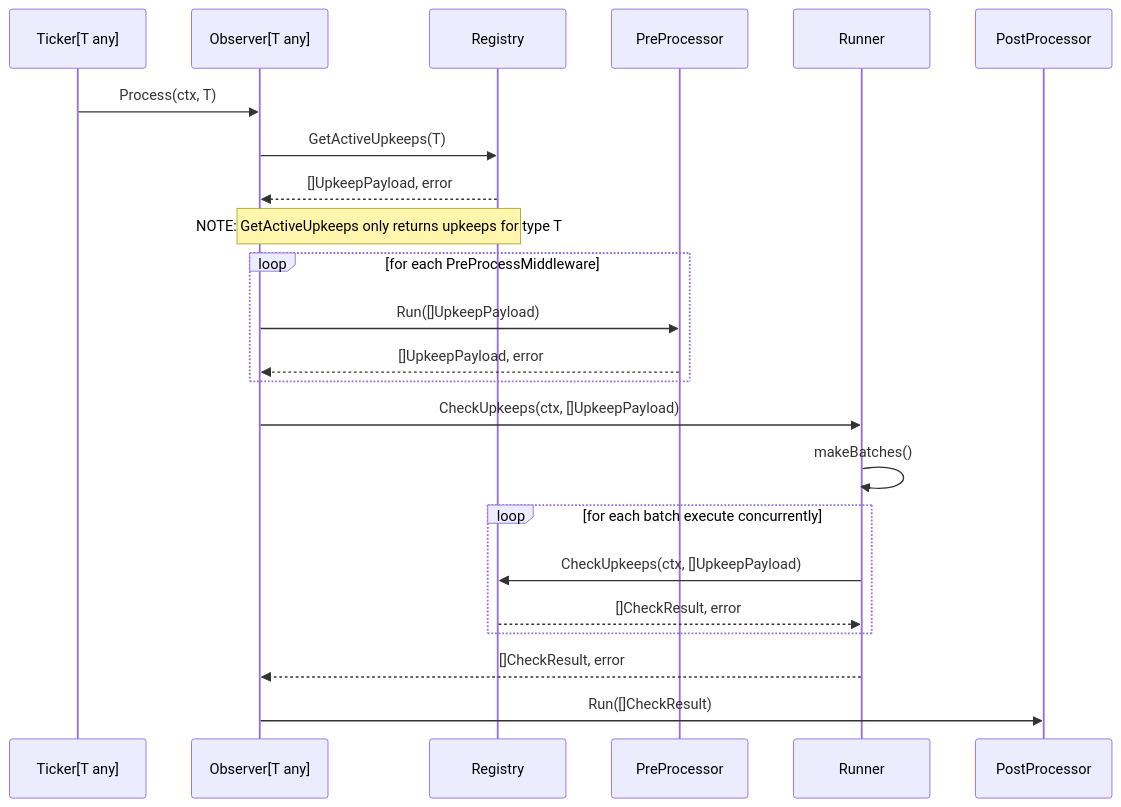
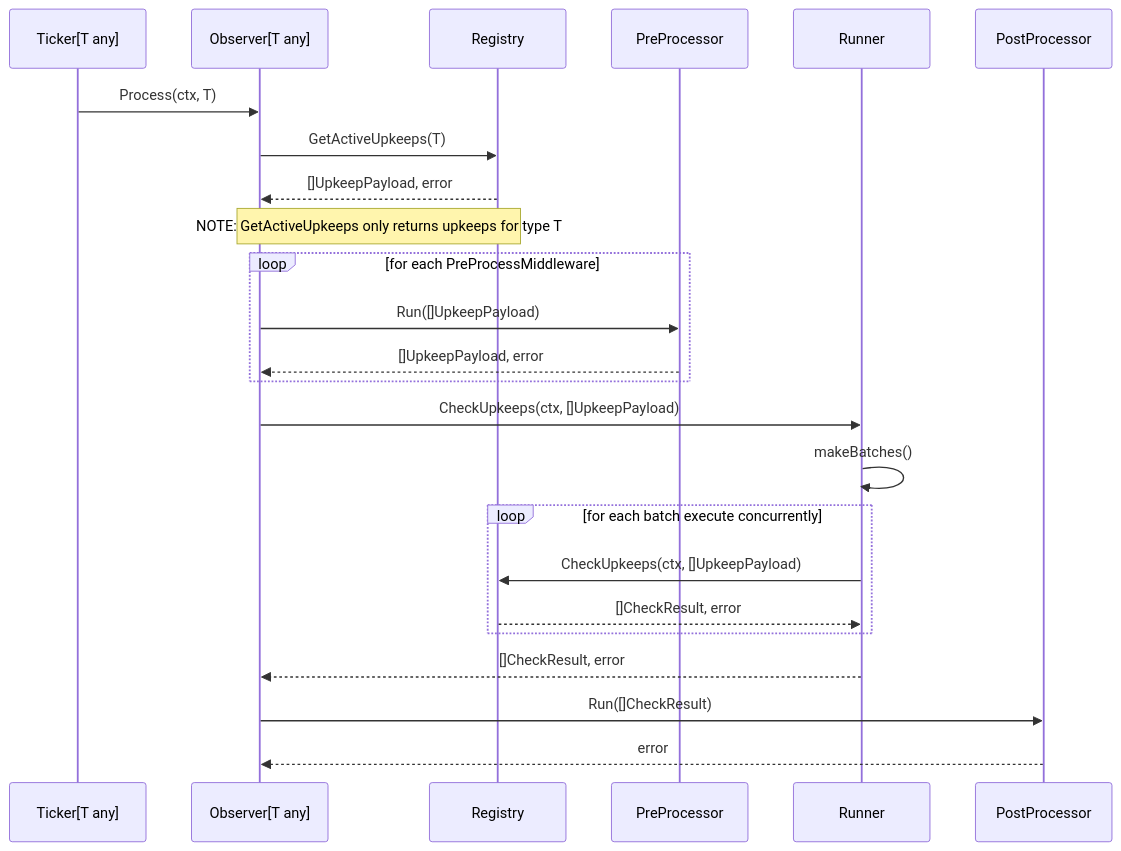
Before and after one commit to smartcontractkit/chainlink-automation: the diagram in docs/diagrams/generic_ticker_sequence.md, drawn with Mermaid. The commit also changed 2 other files, not shown here.

Commit message:
eligibility flow description

````diff
--- a/docs/diagrams/generic_ticker_sequence.md
+++ b/docs/diagrams/generic_ticker_sequence.md
@@ -12,30 +12,31 @@
 ```mermaid
 sequenceDiagram
     participant TK as Ticker[T any]
     participant OB as Observer[T any]
     participant R as Registry
     participant MD as PreProcessor
     participant RN as Runner
     participant P as PostProcessor
     
     TK->>OB: Process(ctx, T)
     OB->>R: GetActiveUpkeeps(T)
     R-->>OB: []UpkeepPayload, error
 
     Note over OB,R: NOTE: GetActiveUpkeeps only returns upkeeps for type T
 
     loop for each PreProcessMiddleware
         OB->>MD: Run([]UpkeepPayload)
         MD-->>OB: []UpkeepPayload, error
     end
 
     OB->>RN: CheckUpkeeps(ctx, []UpkeepPayload)
     RN->>RN: makeBatches()
     loop for each batch execute concurrently
         RN->>R: CheckUpkeeps(ctx, []UpkeepPayload)
         R-->>RN: []CheckResult, error
     end
     RN-->>OB: []CheckResult, error
 
     OB->>P: Run([]CheckResult)
+    P-->>OB: error
 ```
````
